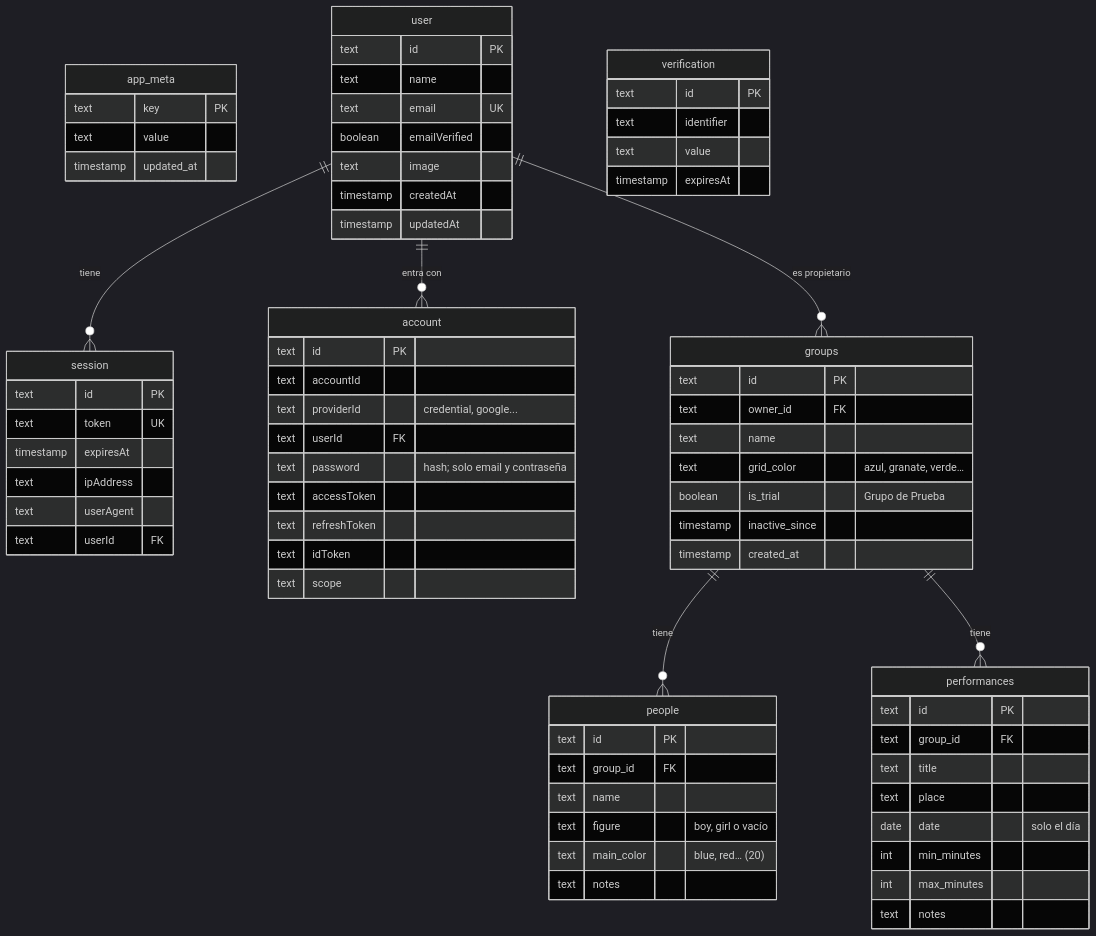
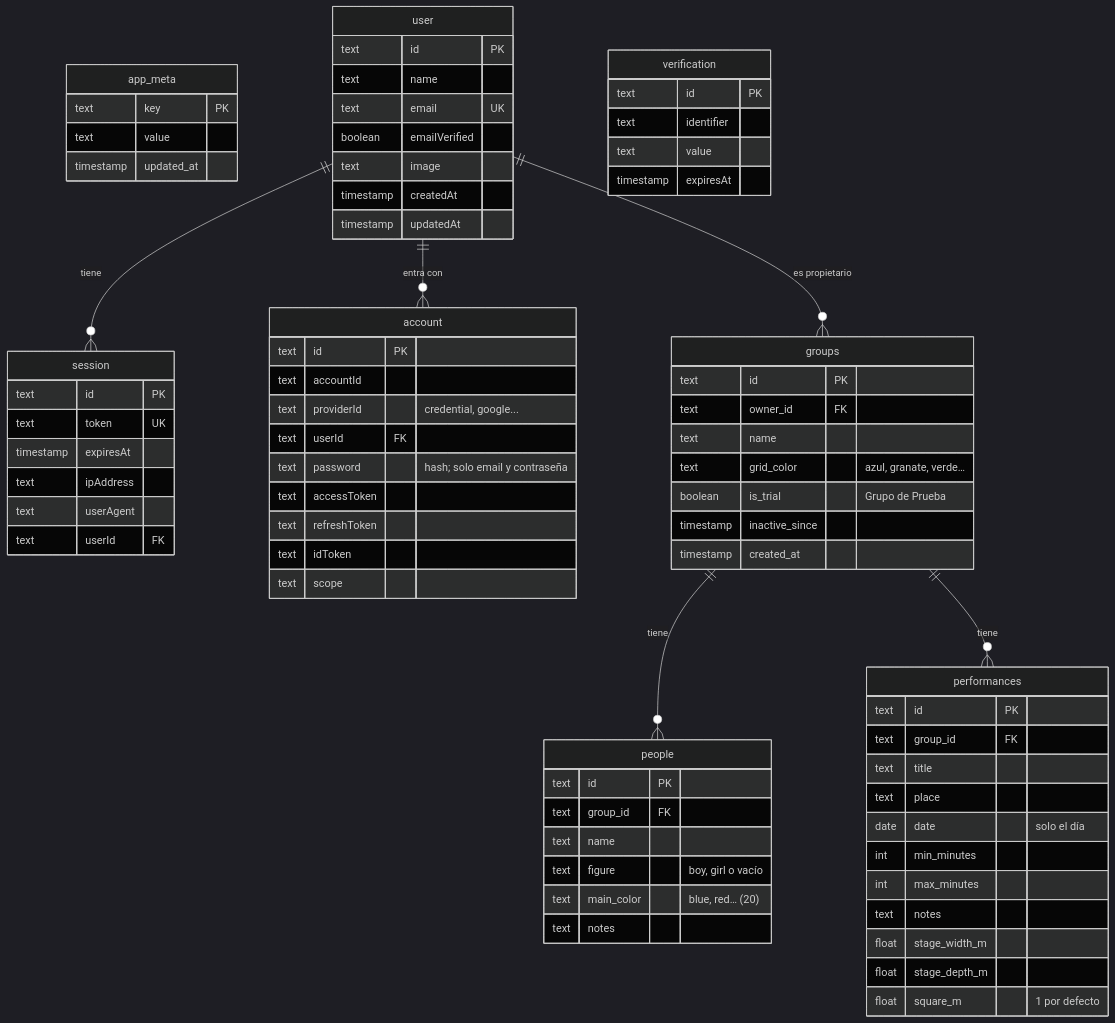
One commit to juananmgz/cuadrocorrocalle changed the first of 2 diagrams in documentation/database.md. Above: the diagram before and after it, drawn with Mermaid (dark theme). The commit also changed other lines of this file and 17 other files, not shown here.

````diff
--- a/documentation/database.md
+++ b/documentation/database.md
@@ -17,74 +18,77 @@
 ```mermaid
 erDiagram
   app_meta {
     text key PK
     text value
     timestamp updated_at
   }
   user ||--o{ session : "tiene"
   user ||--o{ account : "entra con"
   user {
     text id PK
     text name
     text email UK
     boolean emailVerified
     text image
     timestamp createdAt
     timestamp updatedAt
   }
   session {
     text id PK
     text token UK
     timestamp expiresAt
     text ipAddress
     text userAgent
     text userId FK
   }
   account {
     text id PK
     text accountId
     text providerId "credential, google..."
     text userId FK
     text password "hash; solo email y contraseña"
     text accessToken
     text refreshToken
     text idToken
     text scope
   }
   user ||--o{ groups : "es propietario"
   groups {
     text id PK
     text owner_id FK
     text name
     text grid_color "azul, granate, verde…"
     boolean is_trial "Grupo de Prueba"
     timestamp inactive_since
     timestamp created_at
   }
   groups ||--o{ people : "tiene"
   people {
     text id PK
     text group_id FK
     text name
     text figure "boy, girl o vacío"
     text main_color "blue, red… (20)"
     text notes
   }
   groups ||--o{ performances : "tiene"
   performances {
     text id PK
     text group_id FK
     text title
     text place
     date date "solo el día"
     int min_minutes
     int max_minutes
     text notes
+    float stage_width_m
+    float stage_depth_m
+    float square_m "1 por defecto"
   }
   verification {
     text id PK
     text identifier
     text value
     timestamp expiresAt
   }
 ```
````
